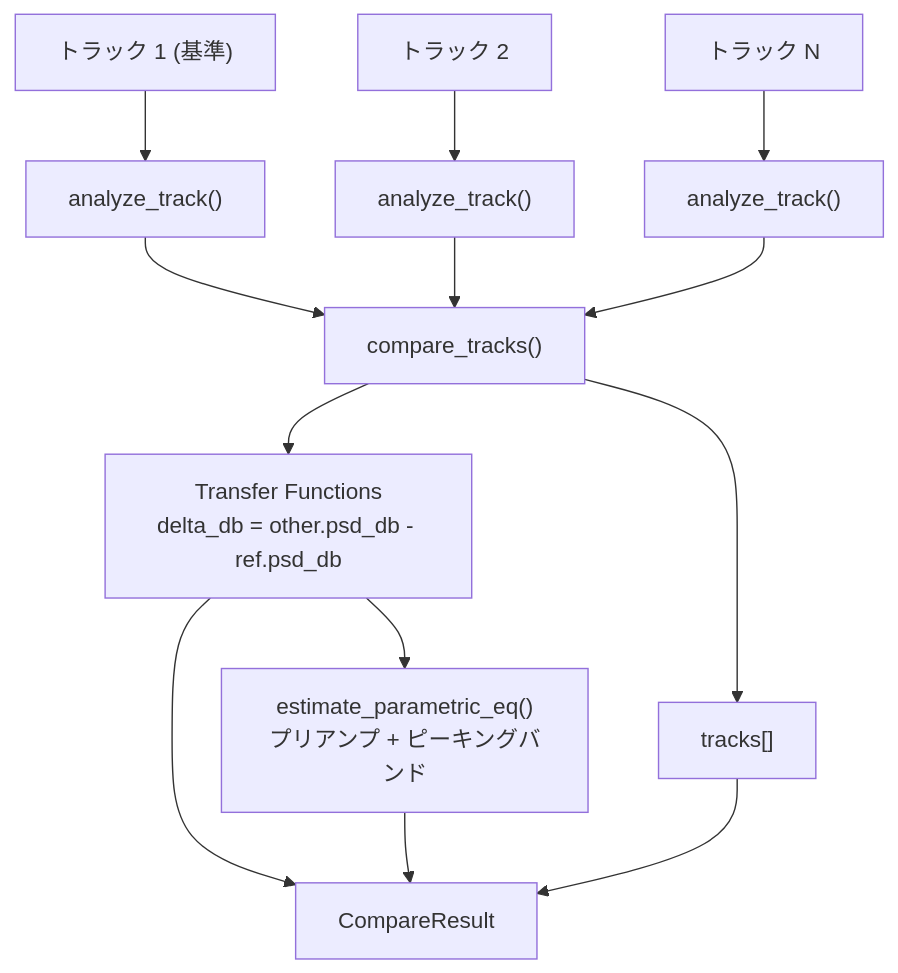
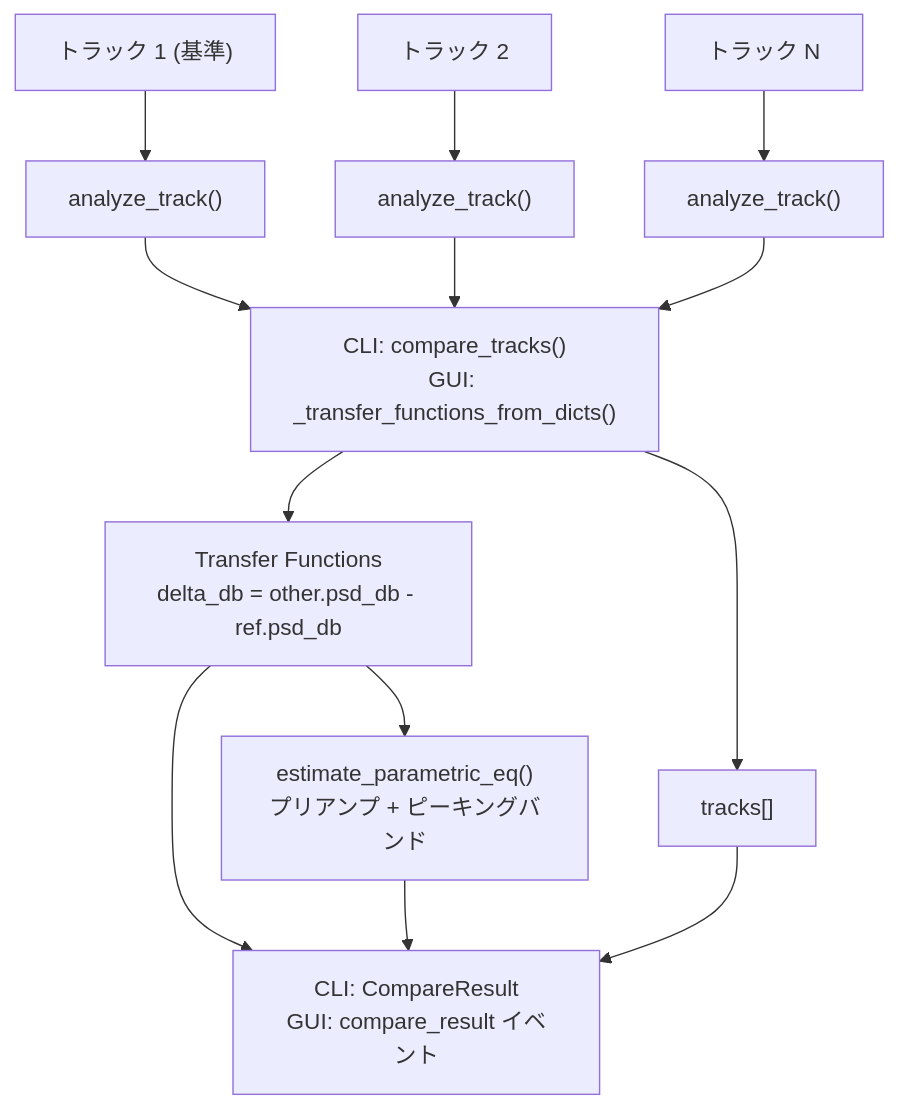
Before and after one commit to semnil/analyze-spectrum: the fifth of 18 diagrams in docs/architecture.ja.md, drawn with Mermaid. The commit also changed other lines of this file and 7 other files, not shown here.

````diff
--- a/docs/architecture.ja.md
+++ b/docs/architecture.ja.md
@@ -137,22 +150,22 @@
 ```mermaid
 flowchart TD
     T1["トラック 1 (基準)"]
     T2["トラック 2"]
     TN["トラック N"]
 
     T1 --> A1["analyze_track()"]
     T2 --> A2["analyze_track()"]
     TN --> AN["analyze_track()"]
 
-    A1 --> CMP["compare_tracks()"]
+    A1 --> CMP["CLI: compare_tracks()<br>GUI: _transfer_functions_from_dicts()"]
     A2 --> CMP
     AN --> CMP
 
     CMP --> TF["Transfer Functions<br>delta_db = other.psd_db - ref.psd_db"]
     CMP --> TRACKS["tracks[]"]
 
-    TF --> RES["CompareResult"]
+    TF --> RES["CLI: CompareResult<br>GUI: compare_result イベント"]
     TF --> EQ["estimate_parametric_eq()<br>プリアンプ + ピーキングバンド"]
     EQ --> RES
     TRACKS --> RES
 ```
````
